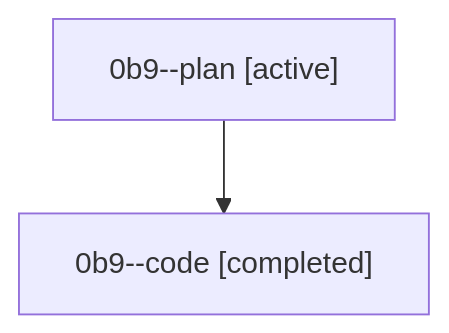
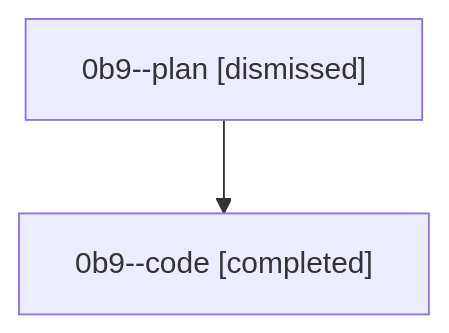
One commit to sase-org/sase--agents changed the diagram in sessions/bbugyi200.athena.0b9.md. Above: the diagram before and after it, drawn with Mermaid. The commit also changed other lines of this file and 25 other files, not shown here.

````diff
--- a/sessions/bbugyi200.athena.0b9.md
+++ b/sessions/bbugyi200.athena.0b9.md
@@ -9,6 +9,6 @@
 ```mermaid
 flowchart TD
-  n0["0b9--plan [active]"]
+  n0["0b9--plan [dismissed]"]
   n1["0b9--code [completed]"]
   n0 --> n1
 ```
````
